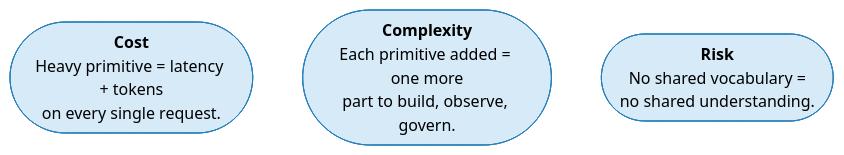
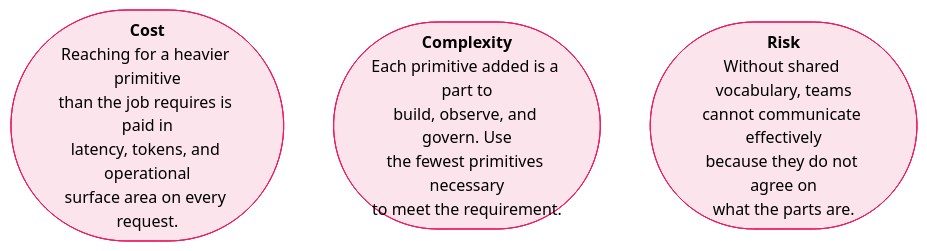
Before and after one commit to shreyabaid007/Claude-Certified-Architect: the fifth of 6 diagrams in Professional/01-Claude-Platform-and-Solution-Design/02-Platform-Map-and-Primitives.md, drawn with Mermaid (forest theme). The commit also changed other lines of this file and 1 other file, not shown here.

Commit message:
Restore full Cost/Complexity/Risk content with pink horizontal cards
Full original content restored in pink pill-shaped cards arranged
horizontally via flowchart LR. Pink color makes these sections
visually distinct from yellow concepts and green actions.

````diff
--- a/Professional/01-Claude-Platform-and-Solution-Design/02-Platform-Map-and-Primitives.md
+++ b/Professional/01-Claude-Platform-and-Solution-Design/02-Platform-Map-and-Primitives.md
@@ -132,10 +132,10 @@
 ```mermaid
 flowchart LR
-    classDef risk fill:#d6eaf8,stroke:#2980b9,color:#000
+    classDef risk fill:#fce4ec,stroke:#e91e63,color:#000
 
-    C(["<b>Cost</b><br/>Heavy primitive = latency + tokens<br/>on every single request."]):::risk
-    X(["<b>Complexity</b><br/>Each primitive added = one more<br/>part to build, observe, govern."]):::risk
-    R(["<b>Risk</b><br/>No shared vocabulary =<br/>no shared understanding."]):::risk
+    C(["<b>Cost</b><br/>Reaching for a heavier primitive<br/>than the job requires is paid in<br/>latency, tokens, and operational<br/>surface area on every request."]):::risk
+    X(["<b>Complexity</b><br/>Each primitive added is a part to<br/>build, observe, and govern. Use<br/>the fewest primitives necessary<br/>to meet the requirement."]):::risk
+    R(["<b>Risk</b><br/>Without shared vocabulary, teams<br/>cannot communicate effectively<br/>because they do not agree on<br/>what the parts are."]):::risk
 
     C ~~~ X ~~~ R
 ```
````
